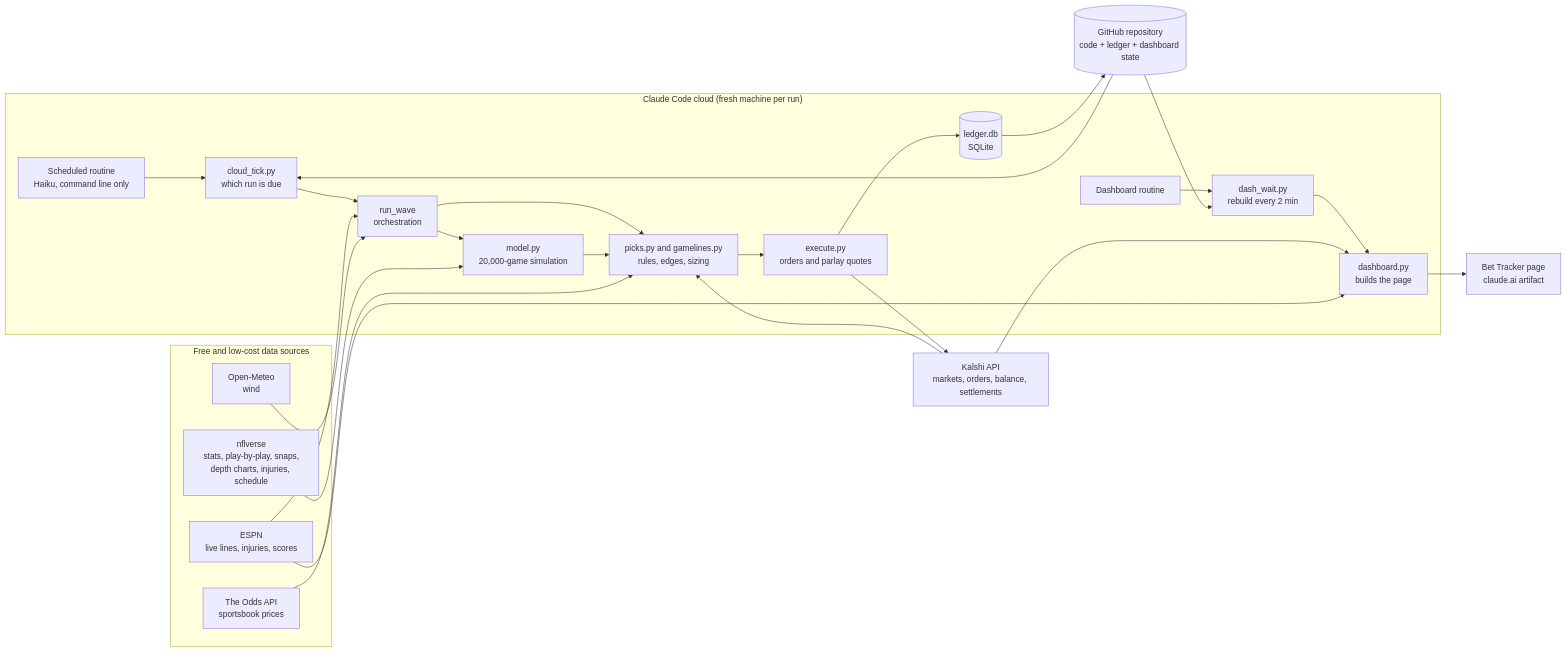
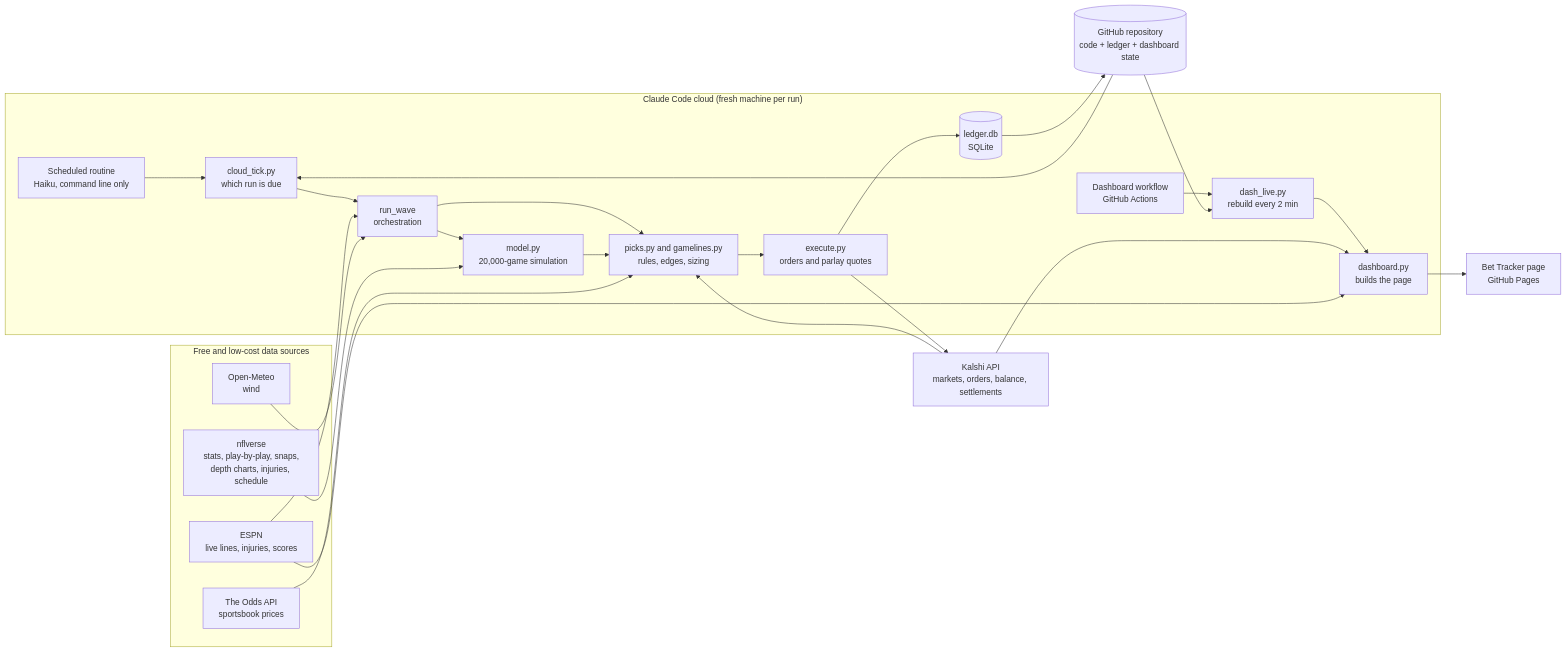
Before and after one commit to ya18101985/NFLAIStats: the first of 4 diagrams in docs/architecture.md, drawn with Mermaid. The commit also changed other lines of this file and 7 other files, not shown here.

First line of the commit message:
Remove the old Claude-session dashboard code

````diff
--- a/docs/architecture.md
+++ b/docs/architecture.md
@@ -49,38 +49,38 @@
 ```mermaid
 flowchart LR
     subgraph Cloud["Claude Code cloud (fresh machine per run)"]
         R[Scheduled routine<br/>Haiku, command line only] --> T[cloud_tick.py<br/>which run is due]
         T --> W[run_wave<br/>orchestration]
         W --> M[model.py<br/>20,000-game simulation]
         W --> P[picks.py and gamelines.py<br/>rules, edges, sizing]
         M --> P
         P --> X[execute.py<br/>orders and parlay quotes]
         X --> L[(ledger.db<br/>SQLite)]
-        DR[Dashboard routine] --> DW[dash_wait.py<br/>rebuild every 2 min]
+        DR[Dashboard workflow<br/>GitHub Actions] --> DW[dash_live.py<br/>rebuild every 2 min]
         DW --> DB[dashboard.py<br/>builds the page]
     end
 
     subgraph Data["Free and low-cost data sources"]
         NV[nflverse<br/>stats, play-by-play, snaps,<br/>depth charts, injuries, schedule]
         ES[ESPN<br/>live lines, injuries, scores]
         OM[Open-Meteo<br/>wind]
         OA[The Odds API<br/>sportsbook prices]
     end
 
     K[Kalshi API<br/>markets, orders, balance, settlements]
     GH[(GitHub repository<br/>code + ledger + dashboard state)]
-    BT[Bet Tracker page<br/>claude.ai artifact]
+    BT[Bet Tracker page<br/>GitHub Pages]
 
     NV --> M
     ES --> W
     OM --> W
     OA --> P
     K --> P
     X --> K
     L --> GH
     GH --> T
     GH --> DW
     K --> DB
     ES --> DB
     DB --> BT
 ```
````
